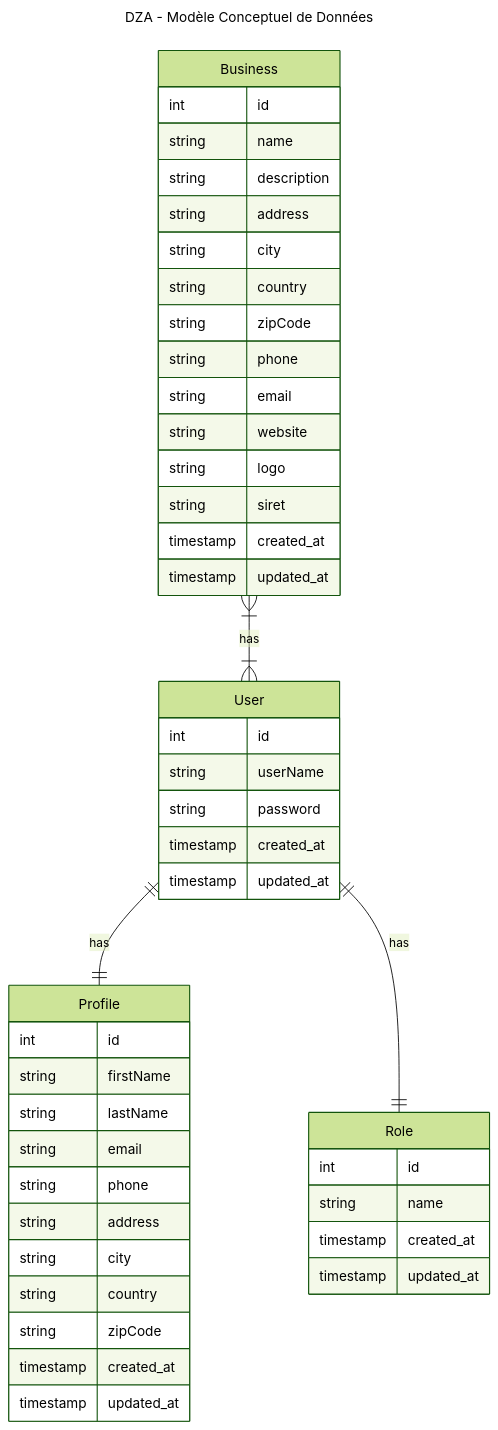
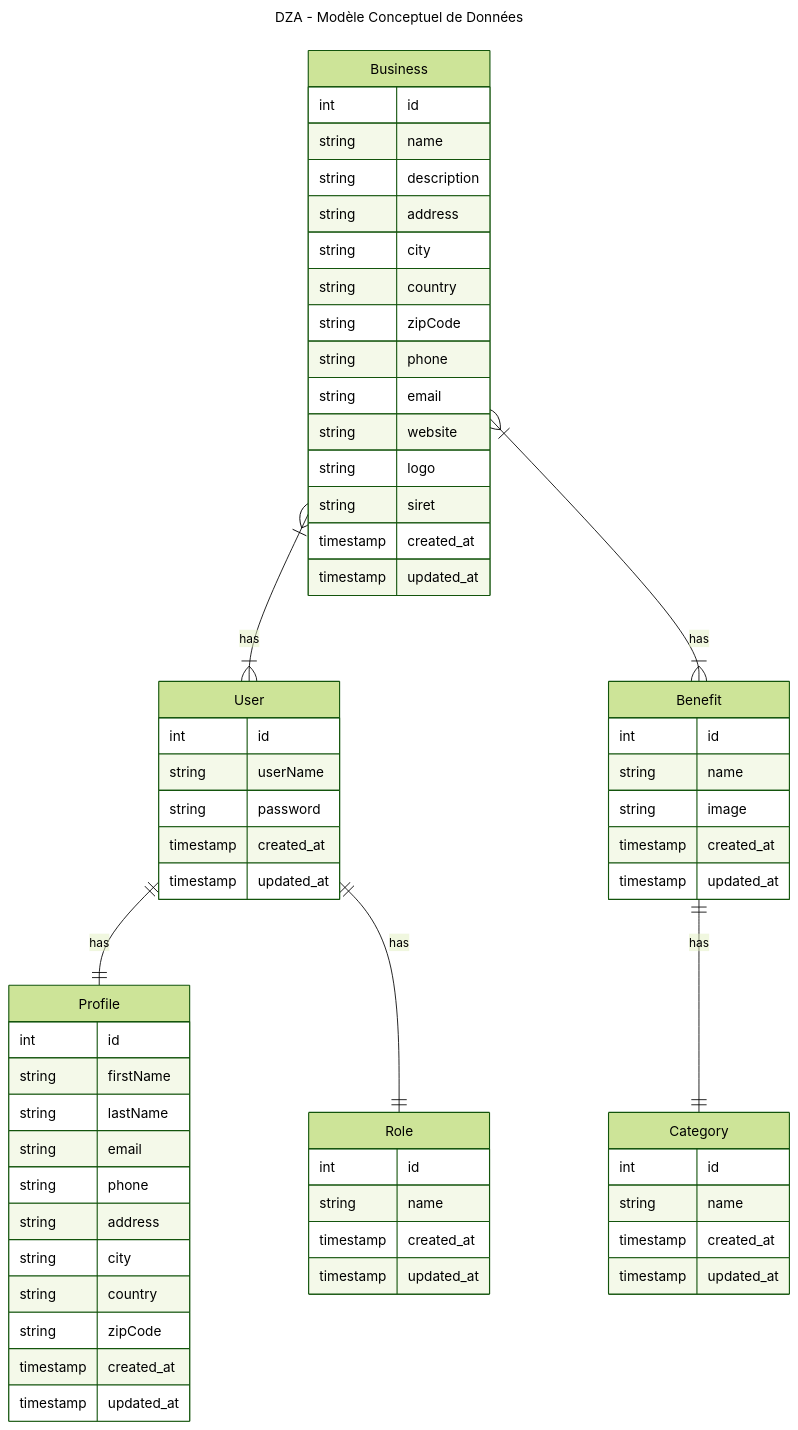
The diagram in docs/dza.mermaid (dawudesign2/dza2), drawn with Mermaid (forest theme) before and after one commit. The commit also changed 14 other files, not shown here.

Commit message:
add benefit and category

```diff
--- a/docs/dza.mermaid
+++ b/docs/dza.mermaid
@@ -1,55 +1,72 @@
 ---
 title: DZA - Modèle Conceptuel de Données
 author: Dawudesign
 ---
 erDiagram
     User ||--|| Profile : has
     User ||--|| Role : has
     User {
         int id
         string userName
         string password
         timestamp created_at
         timestamp updated_at
     }
 
     Profile
     Profile {
         int id
         string firstName
         string lastName
         string email
         string phone
         string address
         string city
         string country
         string zipCode
         timestamp created_at
         timestamp updated_at
     }
 
     Role
     Role {
         int id
         string name
         timestamp created_at
         timestamp updated_at
     }
 
     Business }|--|{ User : has
+    Business }|--|{ Benefit : has
     Business {
         int id
         string name
         string description
         string address
         string city
         string country
         string zipCode
         string phone
         string email
         string website
         string logo
         string siret
         timestamp created_at
         timestamp updated_at
     }
+
+    Benefit ||--|| Category : has
+    Benefit {
+        int id
+        string name
+        string image
+        timestamp created_at
+        timestamp updated_at
+    }
+
+    Category {
+        int id
+        string name
+        timestamp created_at
+        timestamp updated_at
+    }
```
